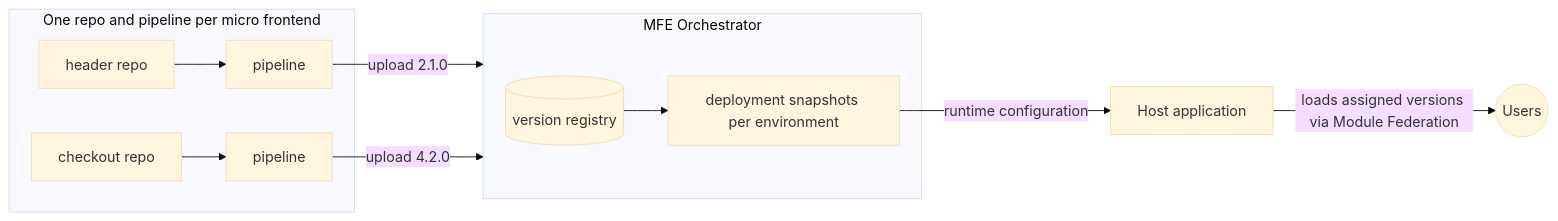
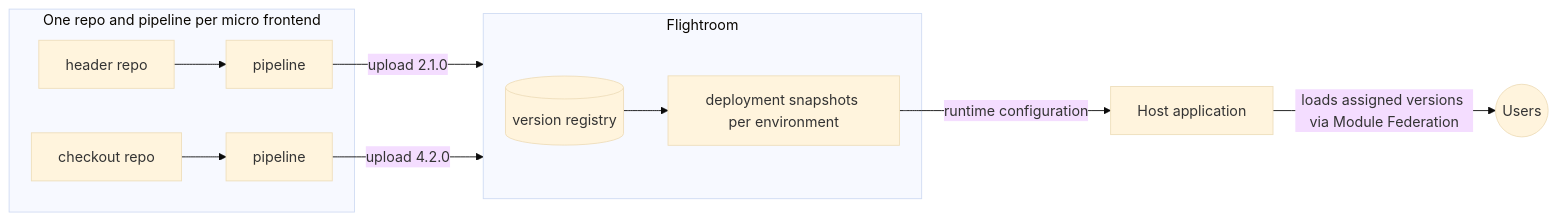
Before and after one commit to flightroom/flightroom: the diagram in README.md, drawn with Mermaid (base theme). The commit also changed other lines of this file and 54 other files, not shown here.

First line of the commit message:
refactor: rinomina il prodotto da MFE Orchestrator a Flightroom

````diff
--- a/README.md
+++ b/README.md
@@ -74,14 +74,14 @@
 ```mermaid
 flowchart LR
     subgraph teams [One repo and pipeline per micro frontend]
         MFE1[header repo] --> CI1[pipeline]
         MFE2[checkout repo] --> CI2[pipeline]
     end
     CI1 -- "upload 2.1.0" --> ORCH
     CI2 -- "upload 4.2.0" --> ORCH
-    subgraph ORCH [MFE Orchestrator]
+    subgraph ORCH [Flightroom]
         REG[(version registry)] --> DEP[deployment snapshots per environment]
     end
     DEP -- "runtime configuration" --> HOST[Host application]
     HOST -- "loads assigned versions via Module Federation" --> USERS((Users))
 ```
````
